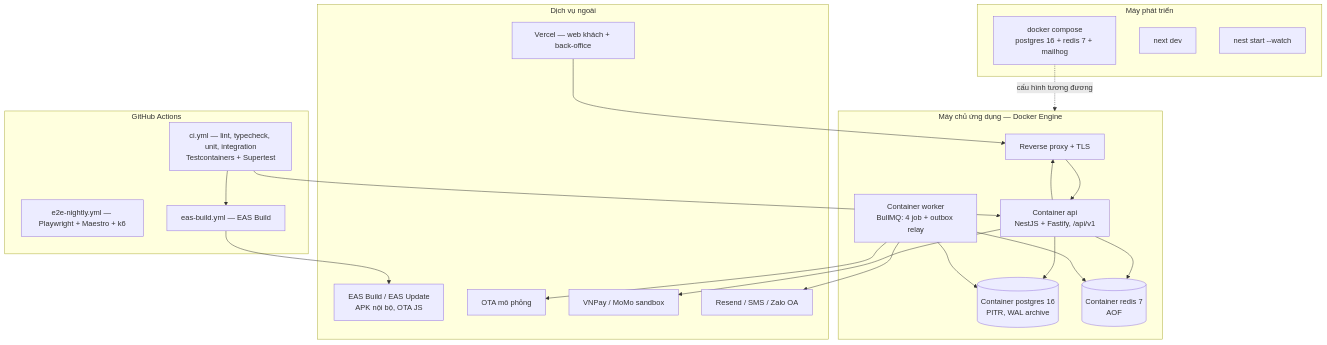
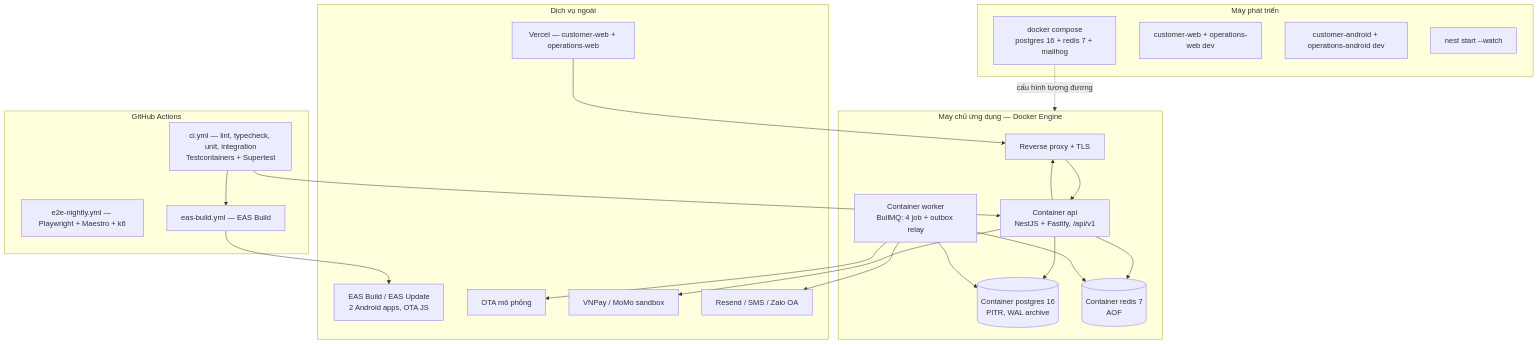
The third of 3 diagrams in docs/04-thiet-ke/kien-truc.md (minhtuluc/HotelBuild), drawn with Mermaid before and after one commit. The commit also changed other lines of this file and 45 other files, not shown here.

````diff
--- a/docs/04-thiet-ke/kien-truc.md
+++ b/docs/04-thiet-ke/kien-truc.md
@@ -268,45 +280,46 @@
 ```mermaid
 flowchart TB
   subgraph DEV["Máy phát triển"]
     DC["docker compose<br/>postgres 16 + redis 7 + mailhog"]
-    LOCALWEB["next dev"]
+    LOCALWEB["customer-web + operations-web dev"]
+    LOCALMOBILE["customer-android + operations-android dev"]
     LOCALAPI["nest start --watch"]
   end
 
   subgraph CICD["GitHub Actions"]
     CI["ci.yml — lint, typecheck, unit, integration<br/>Testcontainers + Supertest"]
     E2E["e2e-nightly.yml — Playwright + Maestro + k6"]
     EASW["eas-build.yml — EAS Build"]
   end
 
   subgraph PROD["Máy chủ ứng dụng — Docker Engine"]
     PROXY["Reverse proxy + TLS"]
     APIC["Container api<br/>NestJS + Fastify, /api/v1"]
     WORK["Container worker<br/>BullMQ: 4 job + outbox relay"]
     PGS[("Container postgres 16<br/>PITR, WAL archive")]
     RDS[("Container redis 7<br/>AOF")]
   end
 
   subgraph SAAS["Dịch vụ ngoài"]
-    VERCEL["Vercel — web khách + back-office"]
-    EAS["EAS Build / EAS Update<br/>APK nội bộ, OTA JS"]
+    VERCEL["Vercel — customer-web + operations-web"]
+    EAS["EAS Build / EAS Update<br/>2 Android apps, OTA JS"]
     OTASIM["OTA mô phỏng"]
     PSPSB["VNPay / MoMo sandbox"]
     MAIL["Resend / SMS / Zalo OA"]
   end
 
   CI --> EASW
   CI --> APIC
   EASW --> EAS
   VERCEL --> PROXY
   APIC --> PROXY
   APIC --> PGS
   APIC --> RDS
   WORK --> PGS
   WORK --> RDS
   WORK --> OTASIM
   WORK --> MAIL
   APIC --> PSPSB
   PROXY --> APIC
   DC -. "cấu hình tương đương" .-> PROD
 ```
````
